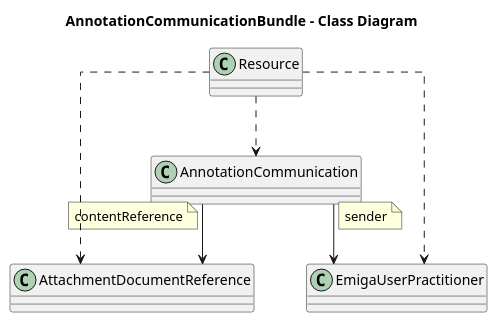
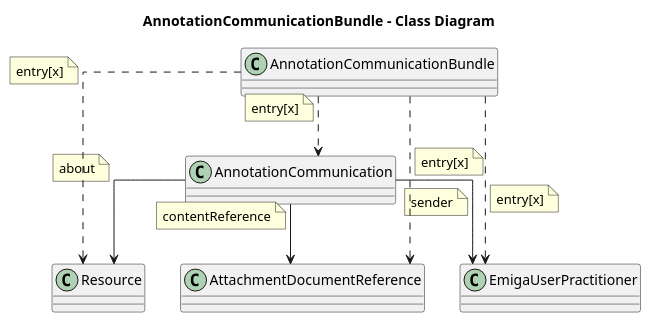
The diagram in rki.emiga.common/PlantUML/AnnotationCommunicationBundle.puml (robert-koch-institut/rki.emiga.common), drawn with PlantUML before and after one commit. The commit also changed 1 other file, not shown here.

Commit message:
feat: bundle UML changes

```diff
--- a/rki.emiga.common/PlantUML/AnnotationCommunicationBundle.puml
+++ b/rki.emiga.common/PlantUML/AnnotationCommunicationBundle.puml
@@ -1,27 +1,32 @@
 @startuml
 skinparam linetype ortho
 
 title AnnotationCommunicationBundle - Class Diagram
 
+class AnnotationCommunicationBundle{
+}
 class AnnotationCommunication{
 }
-
 class Resource {
 }
-
 class AttachmentDocumentReference {
 }
-
 class EmigaUserPractitioner {
 }
 
 AnnotationCommunication --> EmigaUserPractitioner
 note on link: sender
 AnnotationCommunication --> AttachmentDocumentReference 
 note on link: contentReference
+AnnotationCommunication --> Resource
+note on link: about
 
-Resource ..> AnnotationCommunication
-Resource ..> EmigaUserPractitioner
-Resource ..> AttachmentDocumentReference
-
+AnnotationCommunicationBundle ..> AnnotationCommunication
+note on link: entry[x]
+AnnotationCommunicationBundle ..> EmigaUserPractitioner
+note on link: entry[x]
+AnnotationCommunicationBundle ..> AttachmentDocumentReference
+note on link: entry[x]
+AnnotationCommunicationBundle ..> Resource
+note on link: entry[x]
 @enduml
```
